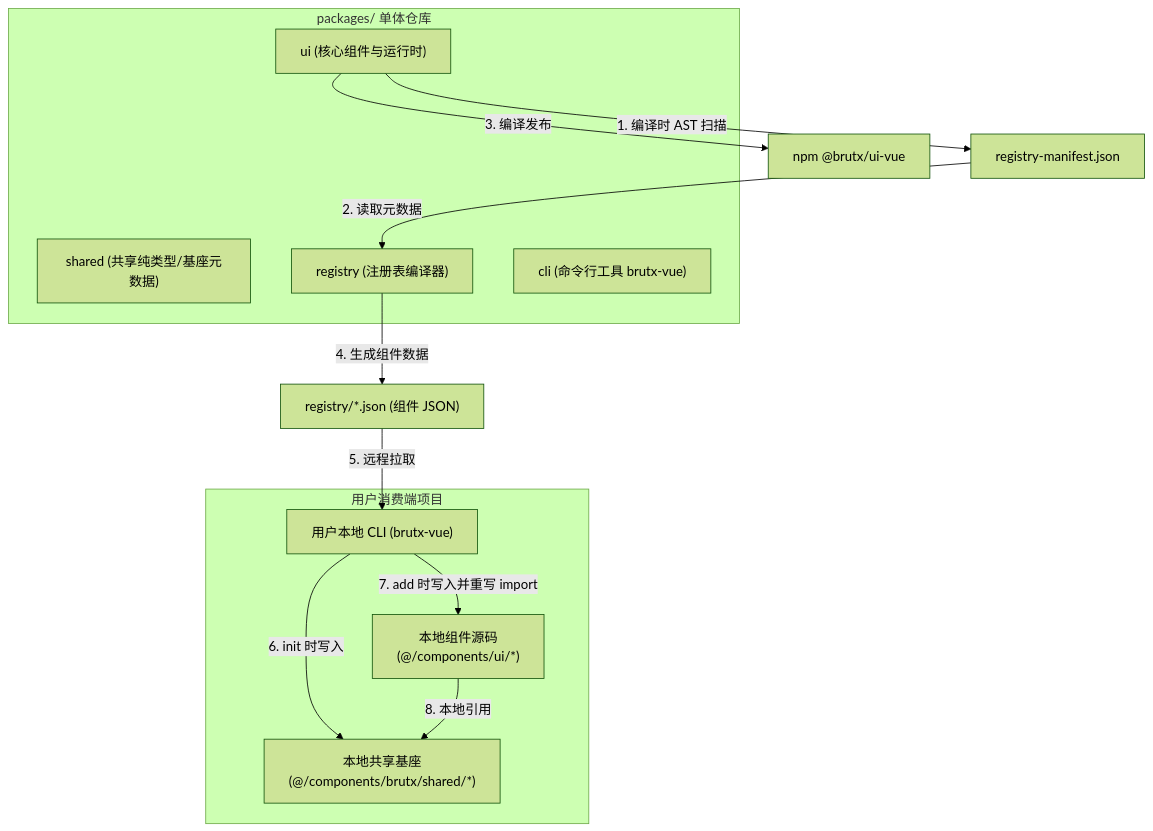
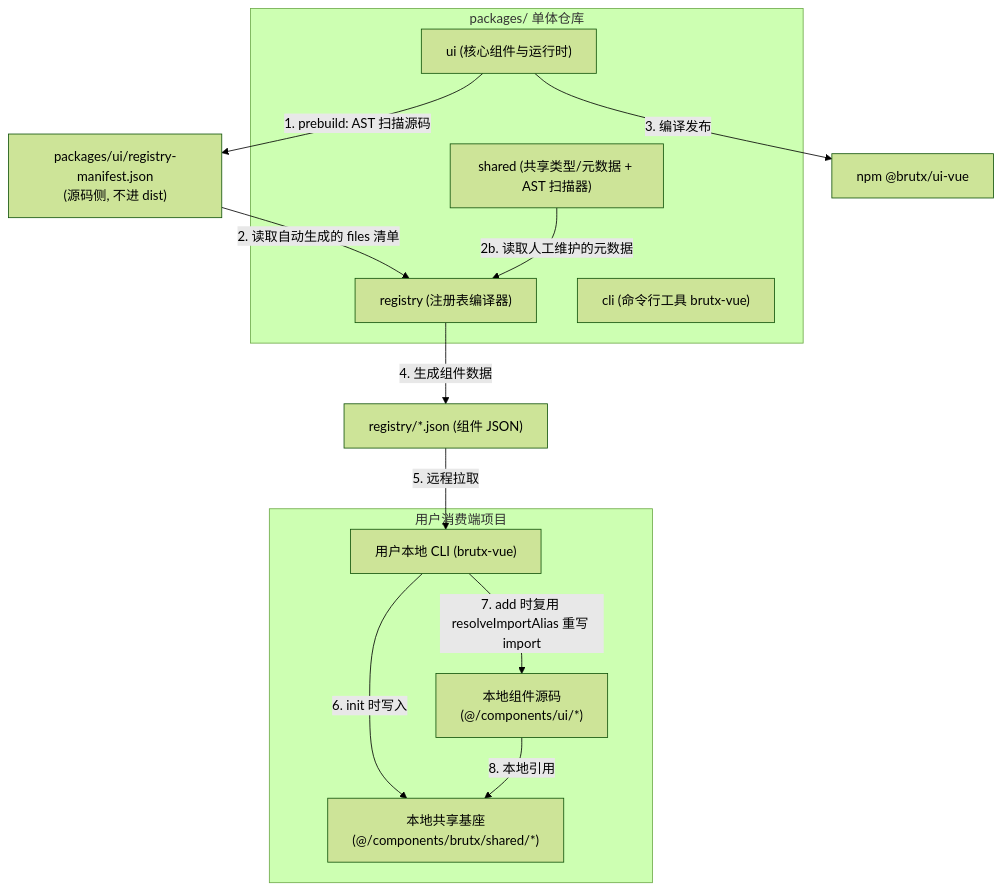
One commit to lidaixingchen/brutxui-vue3 changed the diagram in docs/ARCHITECTURE_OPTIMIZATION_PLAN.md. Above: the diagram before and after it, drawn with Mermaid (forest theme). The commit also changed other lines of this file and 105 other files, not shown here.

````diff
--- a/docs/ARCHITECTURE_OPTIMIZATION_PLAN.md
+++ b/docs/ARCHITECTURE_OPTIMIZATION_PLAN.md
@@ -11,28 +13,29 @@
 ```mermaid
 graph TD
     %% 核心开发层
     subgraph Packages [packages/ 单体仓库]
         UI["ui (核心组件与运行时)"]
-        Shared["shared (共享纯类型/基座元数据)"]
+        Shared["shared (共享类型/元数据 + AST 扫描器)"]
         Registry["registry (注册表编译器)"]
         CLI["cli (命令行工具 brutx-vue)"]
     end
 
     %% 构建与分发
-    UI -->|1. 编译时 AST 扫描| RegistryManifest["registry-manifest.json"]
-    RegistryManifest -->|2. 读取元数据| Registry
+    UI -->|1. prebuild: AST 扫描源码| Manifest["packages/ui/registry-manifest.json<br/>(源码侧, 不进 dist)"]
+    Manifest -->|2. 读取自动生成的 files 清单| Registry
+    Shared -->|2b. 读取人工维护的元数据| Registry
     UI -->|3. 编译发布| NPM["npm @brutx/ui-vue"]
     Registry -->|4. 生成组件数据| RegistryJSONs["registry/*.json (组件 JSON)"]
 
     %% 用户项目层
     subgraph UserProject [用户消费端项目]
        UserCLI["用户本地 CLI (brutx-vue)"]
        UserShared["本地共享基座<br/>(@/components/brutx/shared/*)"]
        UserComponents["本地组件源码<br/>(@/components/ui/*)"]
     end
 
     RegistryJSONs -->|5. 远程拉取| UserCLI
     UserCLI -->|6. init 时写入| UserShared
-    UserCLI -->|7. add 时写入并重写 import| UserComponents
+    UserCLI -->|7. add 时复用 resolveImportAlias 重写 import| UserComponents
     UserComponents -->|8. 本地引用| UserShared
 ```
````
